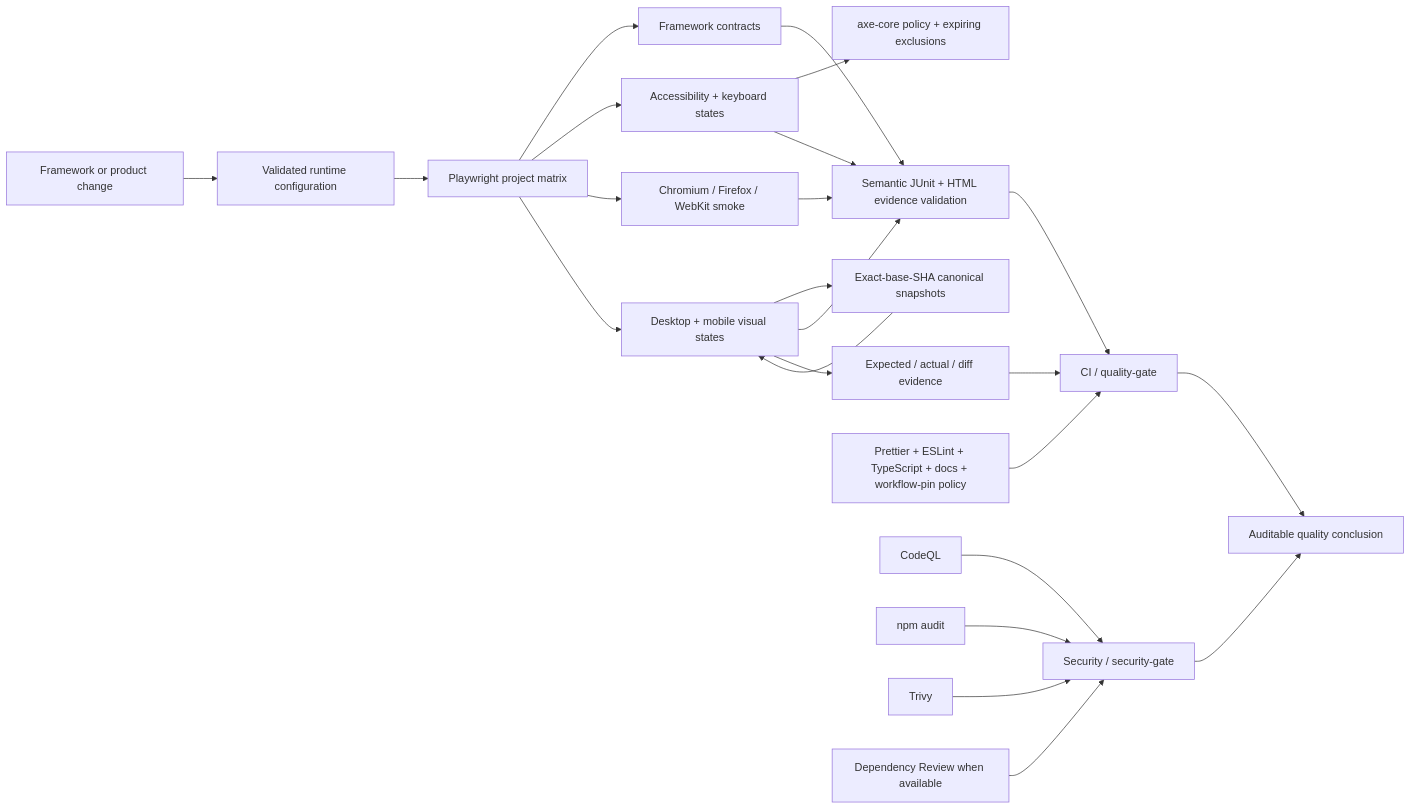
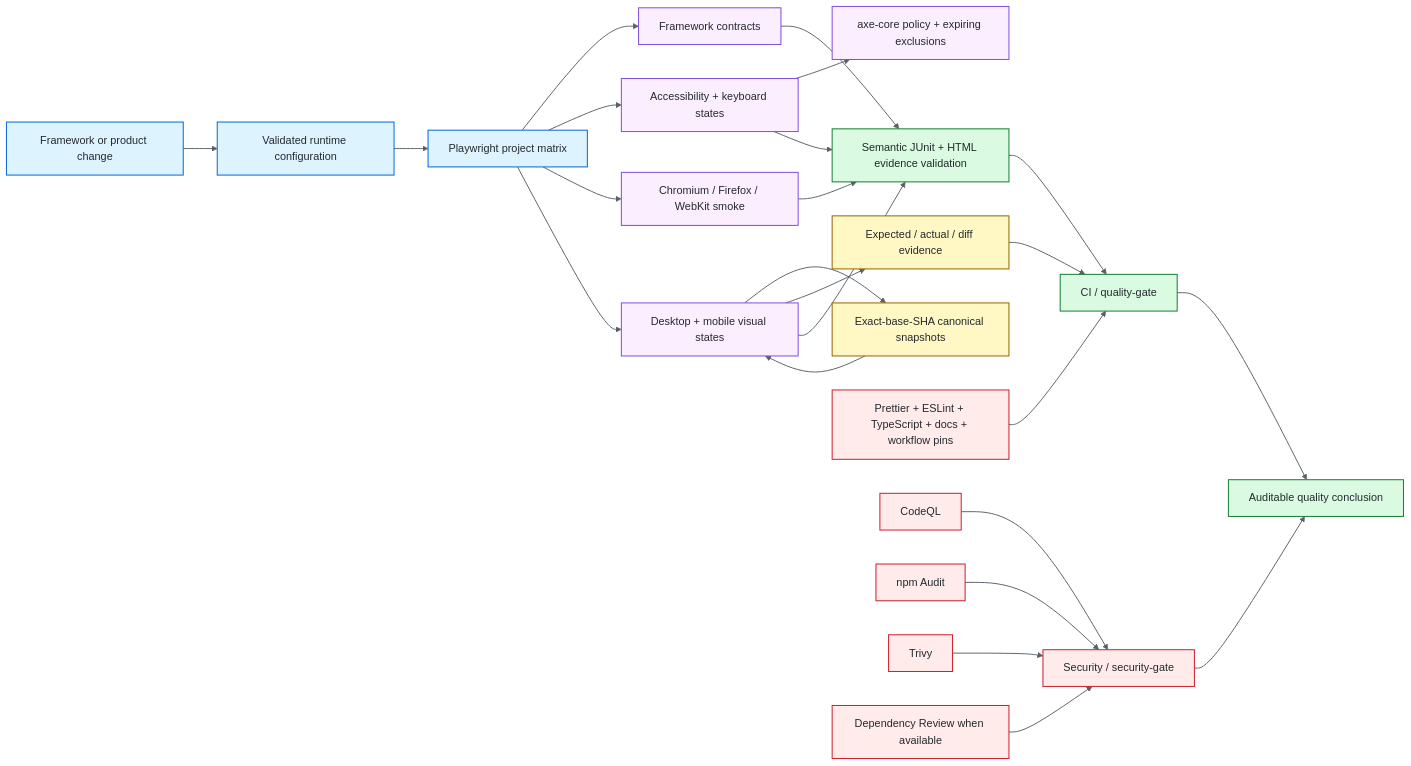
The diagram in README.md (portyu9/qa-automation-visual-and-accessibility-playwright-axe), drawn with Mermaid before and after one commit. The commit also changed other lines of this file, not shown here.

Commit message:
docs: polish visual accessibility framework README

````diff
--- a/README.md
+++ b/README.md
@@ -44,33 +49,44 @@
 ```mermaid
 flowchart LR
-    DEV[Framework or product change] --> CFG[Validated runtime configuration]
+    CHANGE[Framework or product change] --> CFG[Validated runtime configuration]
     CFG --> PW[Playwright project matrix]
 
     PW --> FW[Framework contracts]
     PW --> A11Y[Accessibility + keyboard states]
     PW --> SMOKE[Chromium / Firefox / WebKit smoke]
     PW --> VISUAL[Desktop + mobile visual states]
 
     A11Y --> AXE[axe-core policy + expiring exclusions]
     VISUAL --> BASE[Exact-base-SHA canonical snapshots]
+    BASE --> VISUAL
+    VISUAL --> DIFF[Expected / actual / diff evidence]
 
     FW --> EVIDENCE[Semantic JUnit + HTML evidence validation]
     A11Y --> EVIDENCE
     SMOKE --> EVIDENCE
     VISUAL --> EVIDENCE
 
-    BASE --> VISUAL
-    VISUAL --> DIFF[Expected / actual / diff evidence]
-
-    STATIC[Prettier + ESLint + TypeScript + docs + workflow-pin policy] --> QG[CI / quality-gate]
+    STATIC[Prettier + ESLint + TypeScript + docs + workflow pins] --> QG[CI / quality-gate]
     EVIDENCE --> QG
     DIFF --> QG
 
     SAST[CodeQL] --> SG[Security / security-gate]
-    AUDIT[npm audit] --> SG
+    AUDIT[npm Audit] --> SG
     TRIVY[Trivy] --> SG
-    DEPREVIEW[Dependency Review when available] --> SG
+    REVIEW[Dependency Review when available] --> SG
 
     QG --> RESULT[Auditable quality conclusion]
     SG --> RESULT
+
+    classDef entry fill:#ddf4ff,stroke:#0969da,color:#24292f,stroke-width:1.5px;
+    classDef quality fill:#fbefff,stroke:#8250df,color:#24292f,stroke-width:1.5px;
+    classDef baseline fill:#fff8c5,stroke:#9a6700,color:#24292f,stroke-width:1.5px;
+    classDef evidence fill:#dafbe1,stroke:#1a7f37,color:#24292f,stroke-width:1.5px;
+    classDef security fill:#ffebe9,stroke:#cf222e,color:#24292f,stroke-width:1.5px;
+    class CHANGE,CFG,PW entry;
+    class FW,A11Y,AXE,SMOKE,VISUAL quality;
+    class BASE,DIFF baseline;
+    class EVIDENCE,QG,RESULT evidence;
+    class STATIC,SAST,AUDIT,TRIVY,REVIEW,SG security;
+    linkStyle default stroke:#57606a,stroke-width:1.4px;
 ```
````
